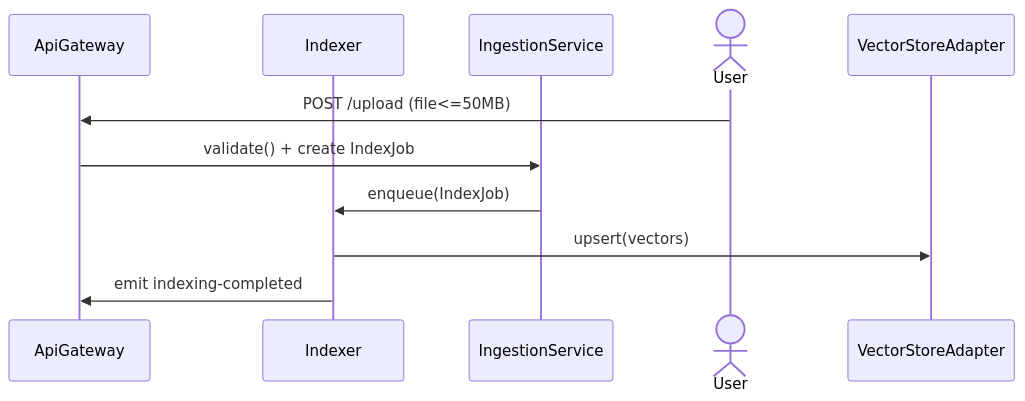
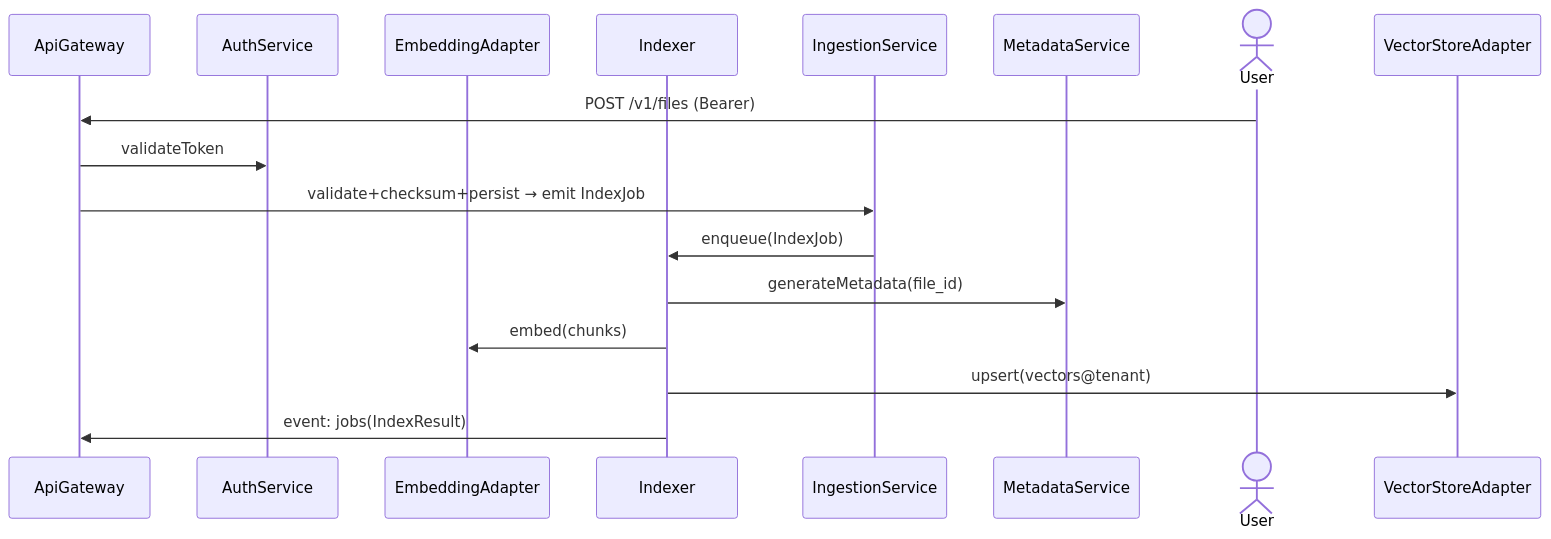
One commit to vjurcutiu/lbpr1 changed the diagram in docs/diagrams/mermaid/UploadAndIndex.mmd. Above: the diagram before and after it, drawn with Mermaid. The commit also changed 36 other files, not shown here.

```diff
--- a/docs/diagrams/mermaid/UploadAndIndex.mmd
+++ b/docs/diagrams/mermaid/UploadAndIndex.mmd
@@ -1,11 +1,17 @@
 sequenceDiagram
   participant ApiGateway as ApiGateway
+  participant AuthService as AuthService
+  participant EmbeddingAda as EmbeddingAdapter
   participant Indexer as Indexer
   participant IngestionSer as IngestionService
+  participant MetadataServ as MetadataService
   actor User
   participant VectorStoreA as VectorStoreAdapter
-  User->>ApiGateway: POST /upload (file<=50MB)
-  ApiGateway->>IngestionSer: validate() + create IndexJob
+  User->>ApiGateway: POST /v1/files (Bearer)
+  ApiGateway->>AuthService: validateToken
+  ApiGateway->>IngestionSer: validate+checksum+persist → emit IndexJob
   IngestionSer->>Indexer: enqueue(IndexJob)
-  Indexer->>VectorStoreA: upsert(vectors)
-  Indexer->>ApiGateway: emit indexing-completed
+  Indexer->>MetadataServ: generateMetadata(file_id)
+  Indexer->>EmbeddingAda: embed(chunks)
+  Indexer->>VectorStoreA: upsert(vectors@tenant)
+  Indexer->>ApiGateway: event: jobs(IndexResult)
```
